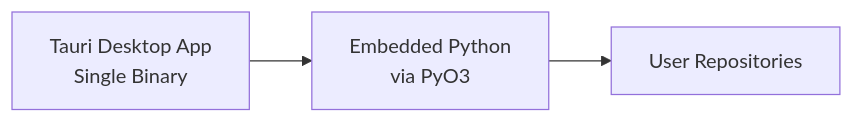
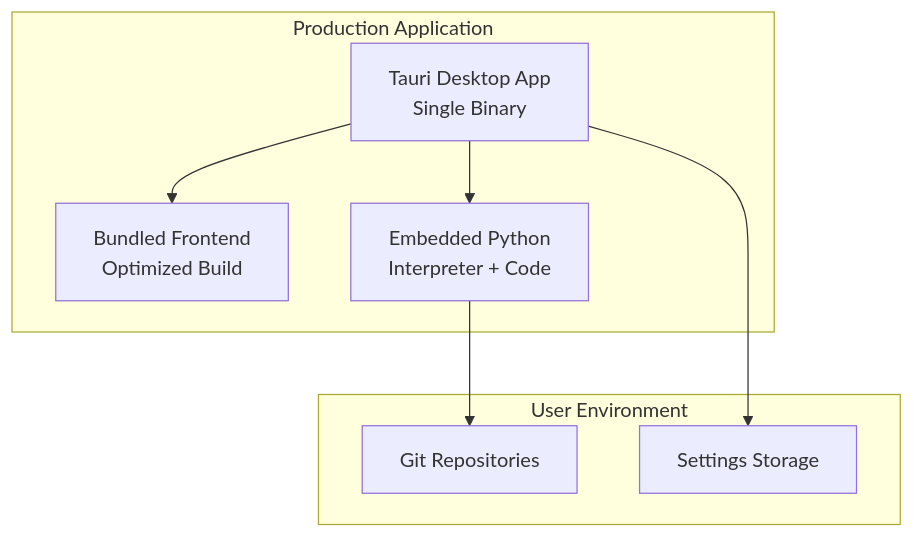
One commit to boost-edu-tools/gitinspectorgui changed the fourth of 4 diagrams in docs/architecture/overview.md. Above: the diagram before and after it, drawn with Mermaid. The commit also changed other lines of this file and 27 other files, not shown here.

````diff
--- a/docs/architecture/overview.md
+++ b/docs/architecture/overview.md
@@ -144,5 +163,18 @@
 ```mermaid
-graph LR
-    A[Tauri Desktop App<br/>Single Binary] --> B[Embedded Python<br/>via PyO3]
-    B --> C[User Repositories]
+graph TB
+    subgraph "Production Application"
+        A[Tauri Desktop App<br/>Single Binary]
+        B[Bundled Frontend<br/>Optimized Build]
+        C[Embedded Python<br/>Interpreter + Code]
+    end
+
+    subgraph "User Environment"
+        D[Git Repositories]
+        E[Settings Storage]
+    end
+
+    A --> B
+    A --> C
+    C --> D
+    A --> E
 ```
````
